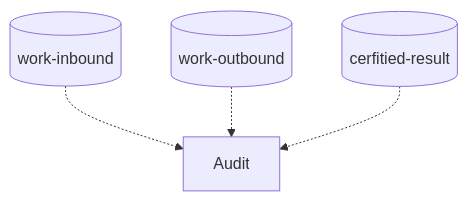
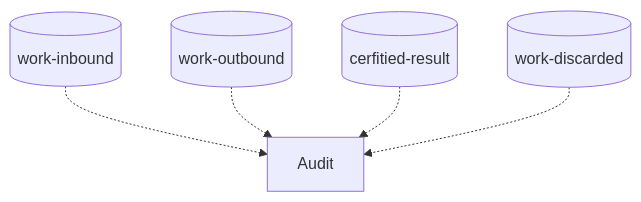
Before and after one commit to daniel-frak/rabbitmq-example: the second of 2 diagrams in README.md, drawn with Mermaid. The commit also changed other lines of this file and 24 other files, not shown here.

````diff
--- a/README.md
+++ b/README.md
@@ -23,7 +23,8 @@
 ```mermaid
 
 graph TD
     work-inbound[(work-inbound)] -.-> Audit
     work-outbound[(work-outbound)] -.-> Audit
     certified-result[(cerfitied-result)] -.-> Audit
+    work-discarded[(work-discarded)] -.-> Audit
 ```
````
